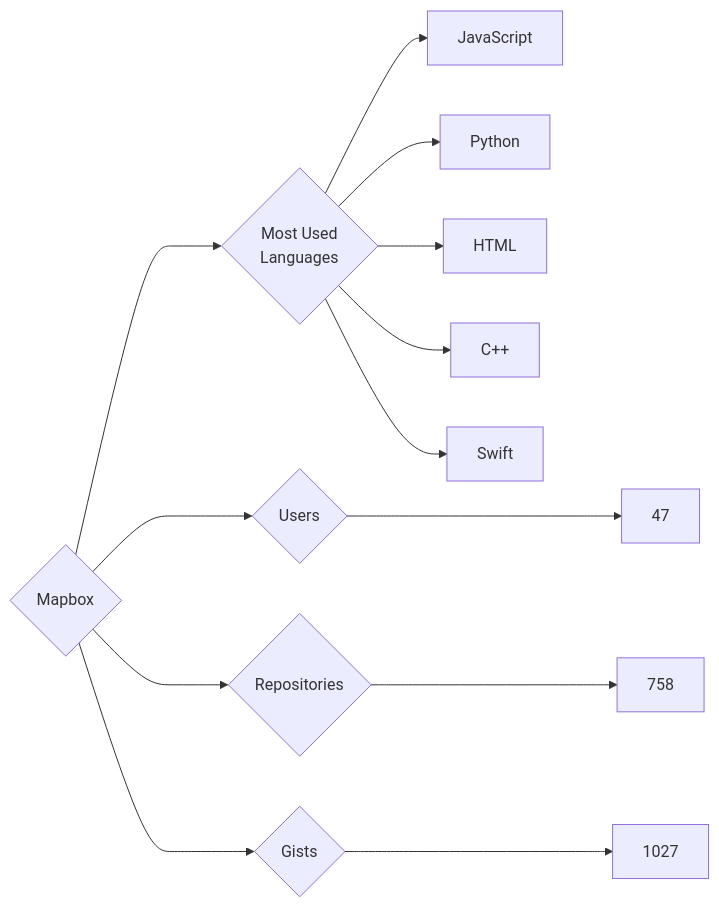
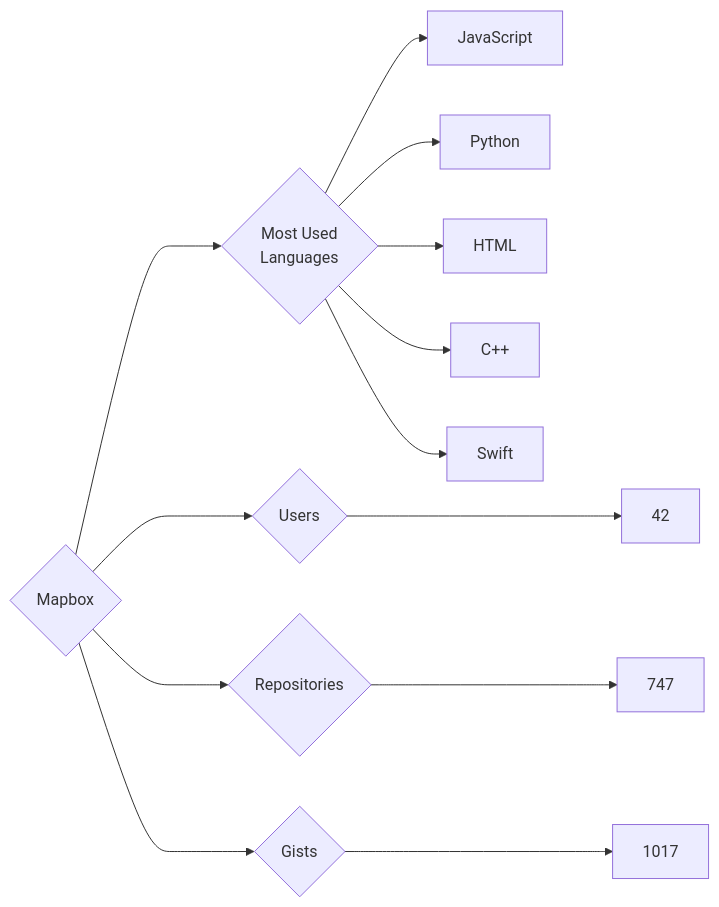
Before and after one commit to trickest/insiders: the diagram in targets/Mapbox/README.md, drawn with Mermaid. The commit also changed 1484 other files, not shown here.

````diff
--- a/targets/Mapbox/README.md
+++ b/targets/Mapbox/README.md
@@ -3,13 +3,13 @@
 ```mermaid
 graph LR
 COMPANY_NAME{Mapbox}
-COMPANY_NAME ---> U{Users} ---> UN[47]
-COMPANY_NAME ---> R{Repositories} ---> RN[758]
-COMPANY_NAME ---> G{Gists} ---> GN[1027]
+COMPANY_NAME ---> U{Users} ---> UN[42]
+COMPANY_NAME ---> R{Repositories} ---> RN[747]
+COMPANY_NAME ---> G{Gists} ---> GN[1017]
 COMPANY_NAME ---> ML{Most Used<br>Languages}
 ML --> JavaScript[JavaScript]
 ML --> Python[Python]
 ML --> HTML[HTML]
 ML --> C++[C++]
 ML --> Swift[Swift]
 ```
````
